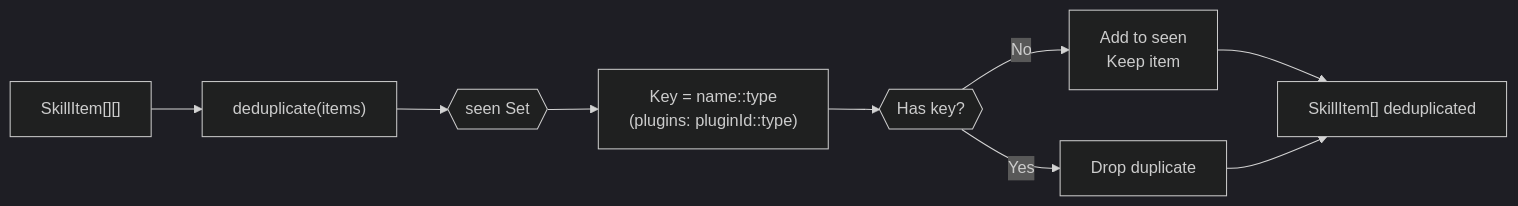
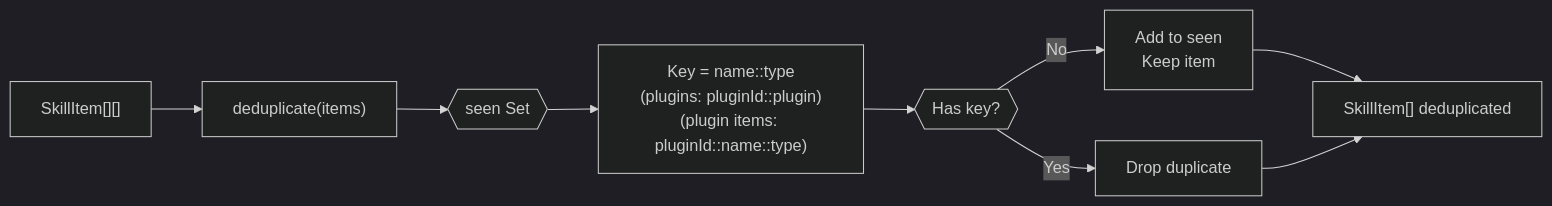
Before and after one commit to blockvoltcr7/claude-config-visualizer: the third of 5 diagrams in docs/arch/03-data-flow.md, drawn with Mermaid (dark theme). The commit also changed other lines of this file and 30 other files, not shown here.

````diff
--- a/docs/arch/03-data-flow.md
+++ b/docs/arch/03-data-flow.md
@@ -219,11 +240,11 @@
 ```mermaid
 flowchart LR
     A["SkillItem[][]"] --> B["deduplicate(items)"]
     B --> C{{"seen Set<string>"}}
-    C --> D["Key = name::type\n(plugins: pluginId::type)"]
+    C --> D["Key = name::type\n(plugins: pluginId::plugin)\n(plugin items: pluginId::name::type)"]
     D --> E{{"Has key?"}}
     E -->|"No"| F["Add to seen\nKeep item"]
     E -->|"Yes"| G["Drop duplicate"]
     F --> H["SkillItem[] deduplicated"]
     G --> H
 ```
````
